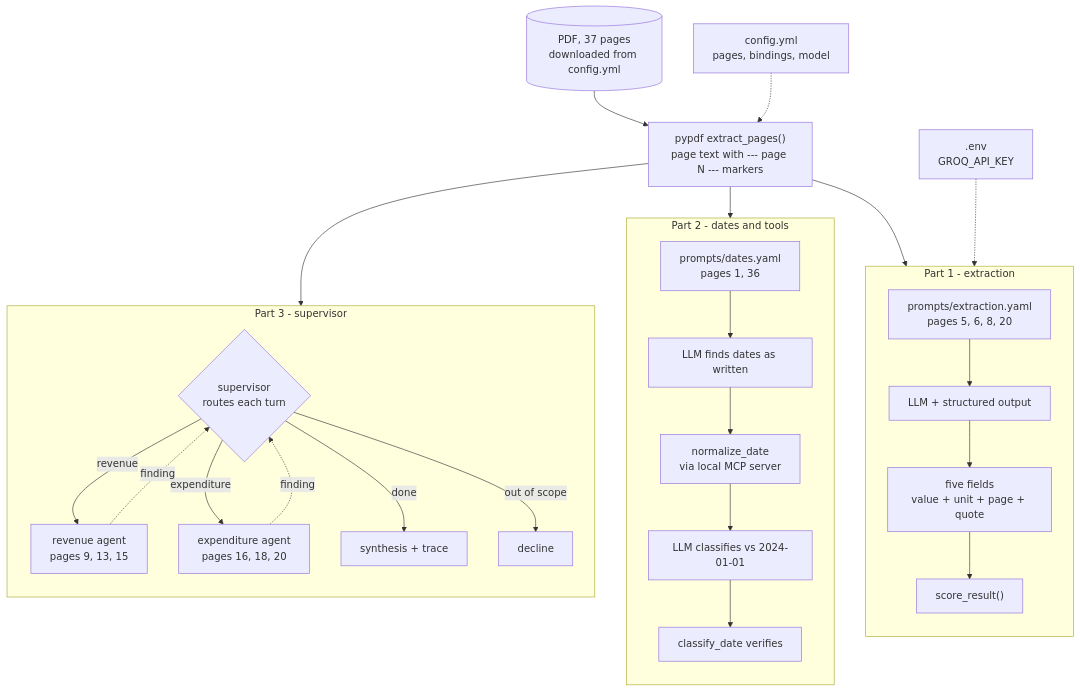
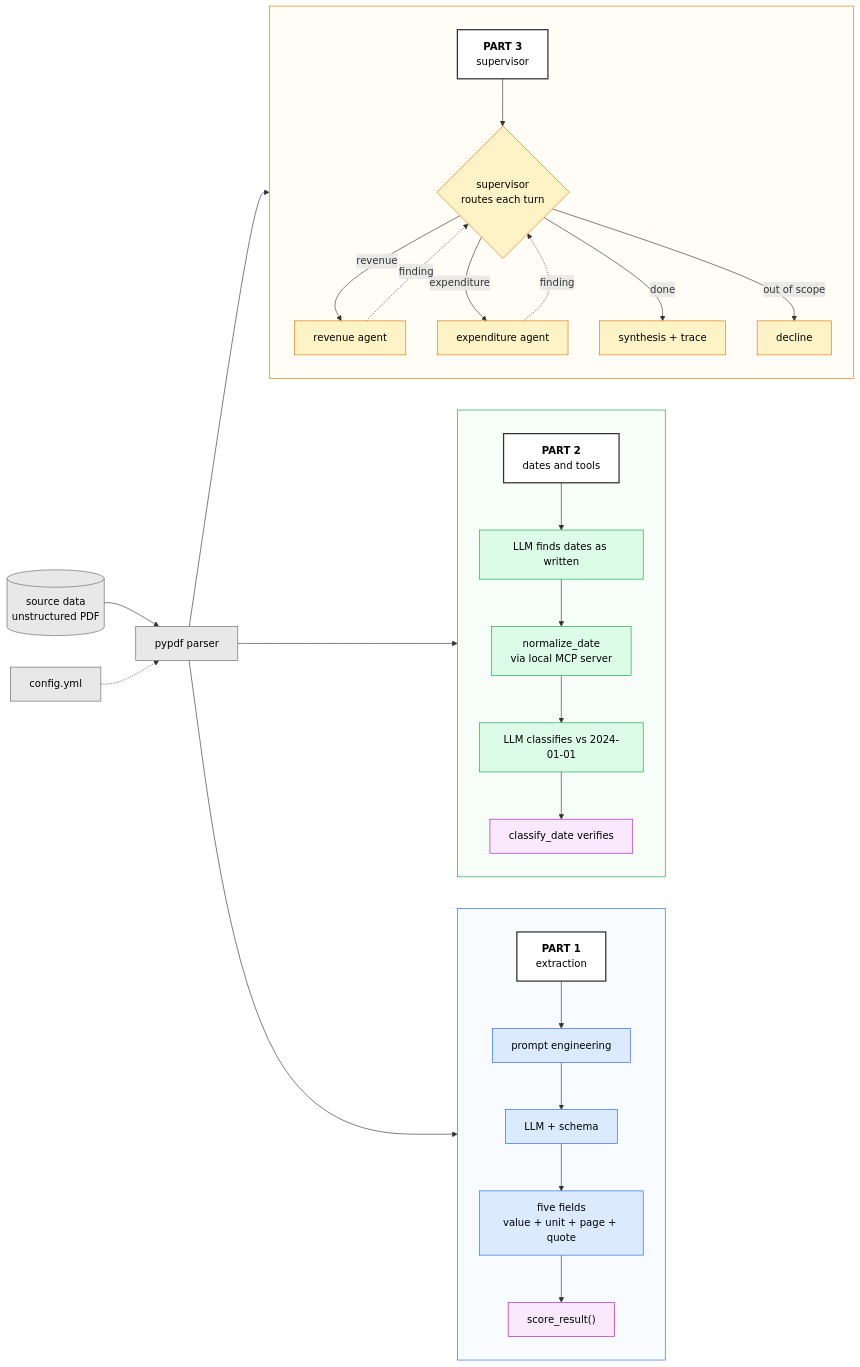
One commit to thepetitegirl/structural-extanalyzer changed the diagram in README.md. Above: the diagram before and after it, drawn with Mermaid. The commit also changed other lines of this file and 5 other files, not shown here.

Commit message:
docs: label scorers by part, and stop the prompt leaking the answer

````diff
--- a/README.md
+++ b/README.md
@@ -9,41 +12,58 @@
 ```mermaid
-flowchart TD
-    PDF[("PDF, 37 pages<br/>downloaded from config.yml")]
+flowchart LR
+    PDF[("source data<br/>unstructured PDF")] --> PARSE["pypdf parser"]
 
-    PDF --> PARSE["pypdf extract_pages()<br/>page text with --- page N --- markers"]
-
-    subgraph P1["Part 1 - extraction"]
+    subgraph P1[" "]
         direction TB
-        P1P["prompts/extraction.yaml<br/>pages 5, 6, 8, 20"]
-        P1P --> P1L["LLM + structured output"]
+        P1T["<b>PART 1</b><br/>extraction"]
+        P1T --> P1P["prompt engineering"]
+        P1P --> P1L["LLM + schema"]
         P1L --> P1R["five fields<br/>value + unit + page + quote"]
         P1R --> P1S["score_result()"]
     end
 
-    subgraph P2["Part 2 - dates and tools"]
+    subgraph P2[" "]
         direction TB
-        P2P["prompts/dates.yaml<br/>pages 1, 36"]
-        P2P --> P2F["LLM finds dates as written"]
+        P2T["<b>PART 2</b><br/>dates and tools"]
+        P2T --> P2F["LLM finds dates as written"]
         P2F --> P2N["normalize_date<br/>via local MCP server"]
         P2N --> P2C["LLM classifies vs 2024-01-01"]
         P2C --> P2V["classify_date verifies"]
     end
 
-    subgraph P3["Part 3 - supervisor"]
+    subgraph P3[" "]
         direction TB
-        P3S{"supervisor<br/>routes each turn"}
-        P3S -->|revenue| P3R["revenue agent<br/>pages 9, 13, 15"]
-        P3S -->|expenditure| P3E["expenditure agent<br/>pages 16, 18, 20"]
+        P3T["<b>PART 3</b><br/>supervisor"]
+        P3T --> P3S{"supervisor<br/>routes each turn"}
+        P3S -->|revenue| P3R["revenue agent"]
+        P3S -->|expenditure| P3E["expenditure agent"]
         P3R -.->|finding| P3S
         P3E -.->|finding| P3S
         P3S -->|done| P3Y["synthesis + trace"]
         P3S -->|out of scope| P3D["decline"]
     end
 
-    PARSE --> P1P
-    PARSE --> P2P
-    PARSE --> P3S
+    PARSE --> P1T
+    PARSE --> P2T
+    PARSE --> P3T
 
-    CFG["config.yml<br/>pages, bindings, model"] -.-> PARSE
-    ENV[".env<br/>GROQ_API_KEY"] -.-> P1L
+    CFG["config.yml"] -.-> PARSE
+
+    classDef shared fill:#e8e8e8,stroke:#666,color:#000
+    classDef title fill:#ffffff,stroke:#333,stroke-width:2px,color:#000
+    classDef part1 fill:#dbeafe,stroke:#2563eb,color:#000
+    classDef part2 fill:#dcfce7,stroke:#16a34a,color:#000
+    classDef part3 fill:#fef3c7,stroke:#d97706,color:#000
+    classDef check fill:#fae8ff,stroke:#a21caf,color:#000
+
+    class PDF,PARSE,CFG shared
+    class P1T,P2T,P3T title
+    class P1P,P1L,P1R part1
+    class P2F,P2N,P2C part2
+    class P3S,P3R,P3E,P3Y,P3D part3
+    class P1S,P2V check
+
+    style P1 fill:#f8fbff,stroke:#2563eb
+    style P2 fill:#f7fdf9,stroke:#16a34a
+    style P3 fill:#fffdf5,stroke:#d97706
 ```
````
